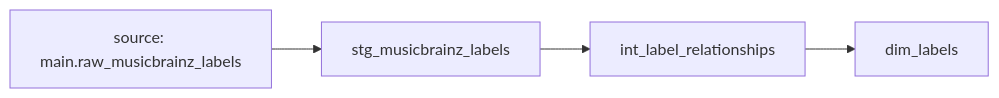
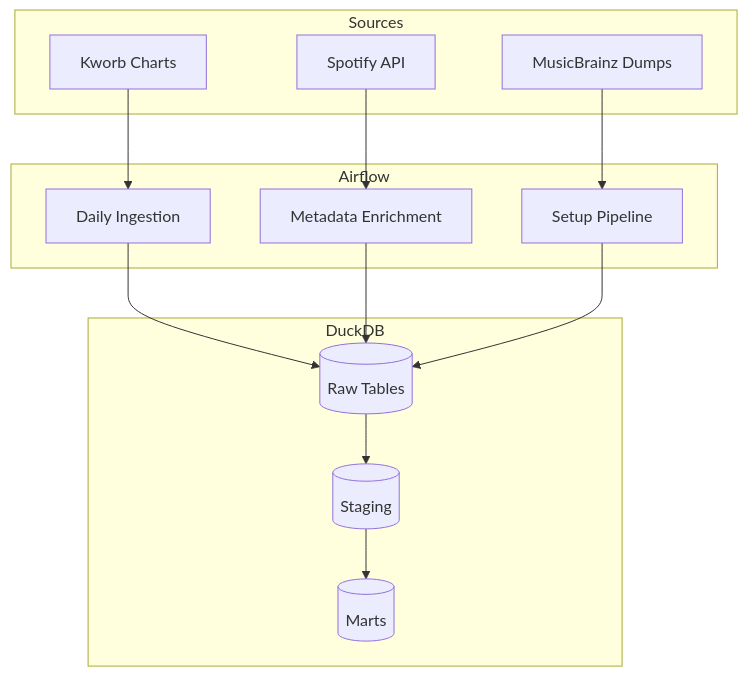
One commit to gustavlan/music-market-share-warehouse changed the second of 3 diagrams in README.md. Above: the diagram before and after it, drawn with Mermaid. The commit also changed other lines of this file, not shown here.

Commit message:
updated readme with market share for runs so far in december as well is updating pipeline based on most recent enhancements

````diff
--- a/README.md
+++ b/README.md
@@ -58,9 +27,25 @@
 ```mermaid
-flowchart LR
-	RAW[source: main.raw_musicbrainz_labels]
-	STG[stg_musicbrainz_labels]
-	INT[int_label_relationships]
-	DIM[dim_labels]
-
-	RAW --> STG --> INT --> DIM
+flowchart TB
+    subgraph Sources
+        KW[Kworb Charts]
+        SP[Spotify API]
+        MB[MusicBrainz Dumps]
+    end
+    
+    subgraph Airflow
+        ING[Daily Ingestion]
+        ENR[Metadata Enrichment]
+        SET[Setup Pipeline]
+    end
+    
+    subgraph DuckDB
+        RAW[(Raw Tables)]
+        STG[(Staging)]
+        MART[(Marts)]
+    end
+    
+    KW --> ING --> RAW
+    SP --> ENR --> RAW
+    MB --> SET --> RAW
+    RAW --> STG --> MART
 ```
````
